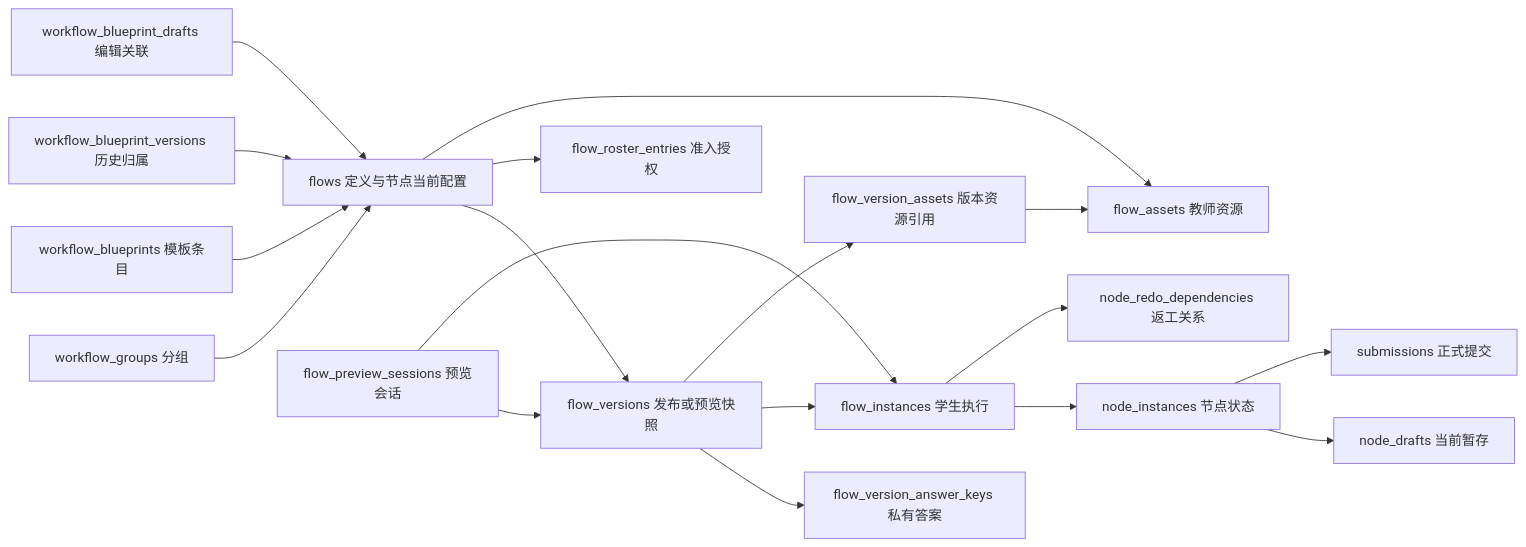
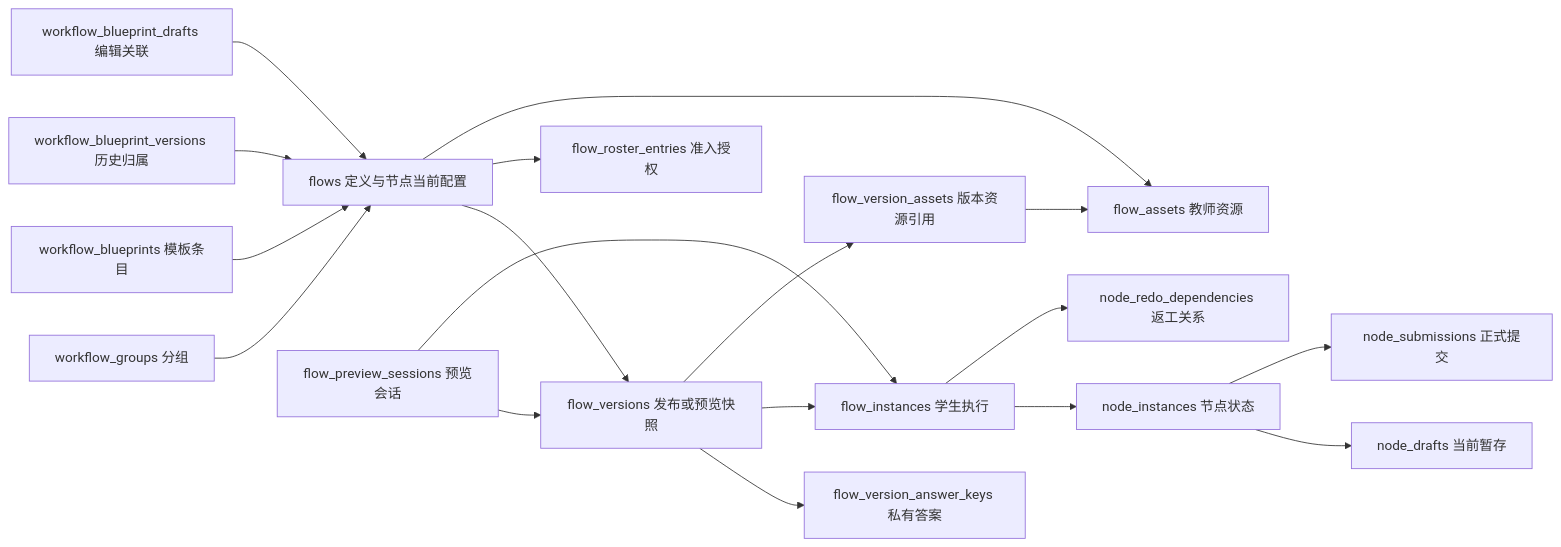
Before and after one commit to layerism/moyin: the diagram in docs/database-table-consolidation-audit.md, drawn with Mermaid. The commit also changed other lines of this file and 23 other files, not shown here.

Commit message:
refactor(db): rename submissions to node_submissions

````diff
--- a/docs/database-table-consolidation-audit.md
+++ b/docs/database-table-consolidation-audit.md
@@ -63,20 +64,20 @@
 ```mermaid
 flowchart LR
     G[workflow_groups 分组] --> F[flows 定义与节点当前配置]
     F --> V[flow_versions 发布或预览快照]
     V --> K[flow_version_answer_keys 私有答案]
     V --> I[flow_instances 学生执行]
     I --> N[node_instances 节点状态]
     N --> D[node_drafts 当前暂存]
-    N --> S[submissions 正式提交]
+    N --> S[node_submissions 正式提交]
     F --> R[flow_roster_entries 准入授权]
     F --> A[flow_assets 教师资源]
     I --> X[node_redo_dependencies 返工关系]
     E[flow_preview_sessions 预览会话] --> V
     E --> I
     V --> VA[flow_version_assets 版本资源引用]
     VA --> A
     B[workflow_blueprints 模板条目] --> F
     BV[workflow_blueprint_versions 历史归属] --> F
     BD[workflow_blueprint_drafts 编辑关联] --> F
 ```
````
